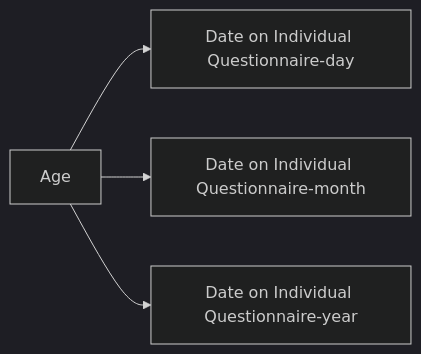
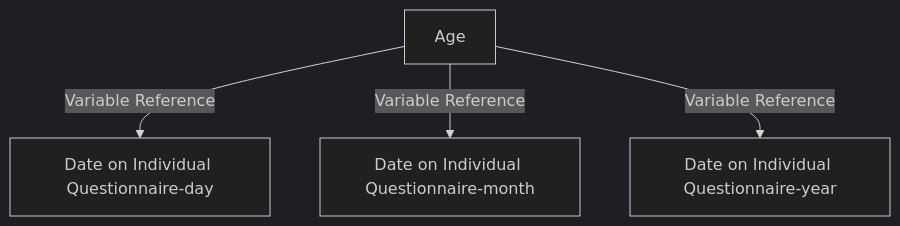
Before and after one commit to Making-Sense-Info/Varese: the first of 9 diagrams in workshops/comparison-overview.md, drawn with Mermaid (dark theme). The commit also changed other lines of this file, not shown here.

````diff
--- a/workshops/comparison-overview.md
+++ b/workshops/comparison-overview.md
@@ -8,6 +8,6 @@
 ```mermaid
-graph LR
-  VGr[Age] --> Day[Date on Individual Questionnaire-day]
-  VGr[Age] --> Month[Date on Individual Questionnaire-month]
-  VGr[Age] --> Year[Date on Individual Questionnaire-year]
+graph TB
+  VGr[Age] -- Variable Reference --> Day[Date on Individual Questionnaire-day]
+  VGr[Age] -- Variable Reference --> Month[Date on Individual Questionnaire-month]
+  VGr[Age] -- Variable Reference --> Year[Date on Individual Questionnaire-year]
 ```
````
